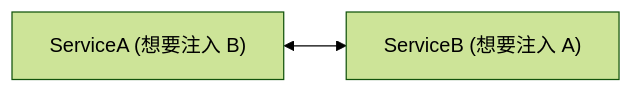
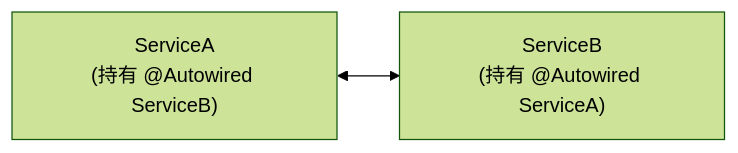
The first of 3 diagrams in 20-Java后端/04-Spring生态/13-Spring循环依赖与三级缓存.md (GuoWWWX/knowledge-base), drawn with Mermaid (forest theme) before and after one commit. The commit also changed other lines of this file and 234 other files, not shown here.

````diff
--- a/20-Java后端/04-Spring生态/13-Spring循环依赖与三级缓存.md
+++ b/20-Java后端/04-Spring生态/13-Spring循环依赖与三级缓存.md
@@ -38,4 +23,4 @@
 ```mermaid
 flowchart LR
-    A["ServiceA (想要注入 B)"] <--> B["ServiceB (想要注入 A)"]
+    A["ServiceA<br/>(持有 @Autowired ServiceB)"] <--> B["ServiceB<br/>(持有 @Autowired ServiceA)"]
 ```
````
